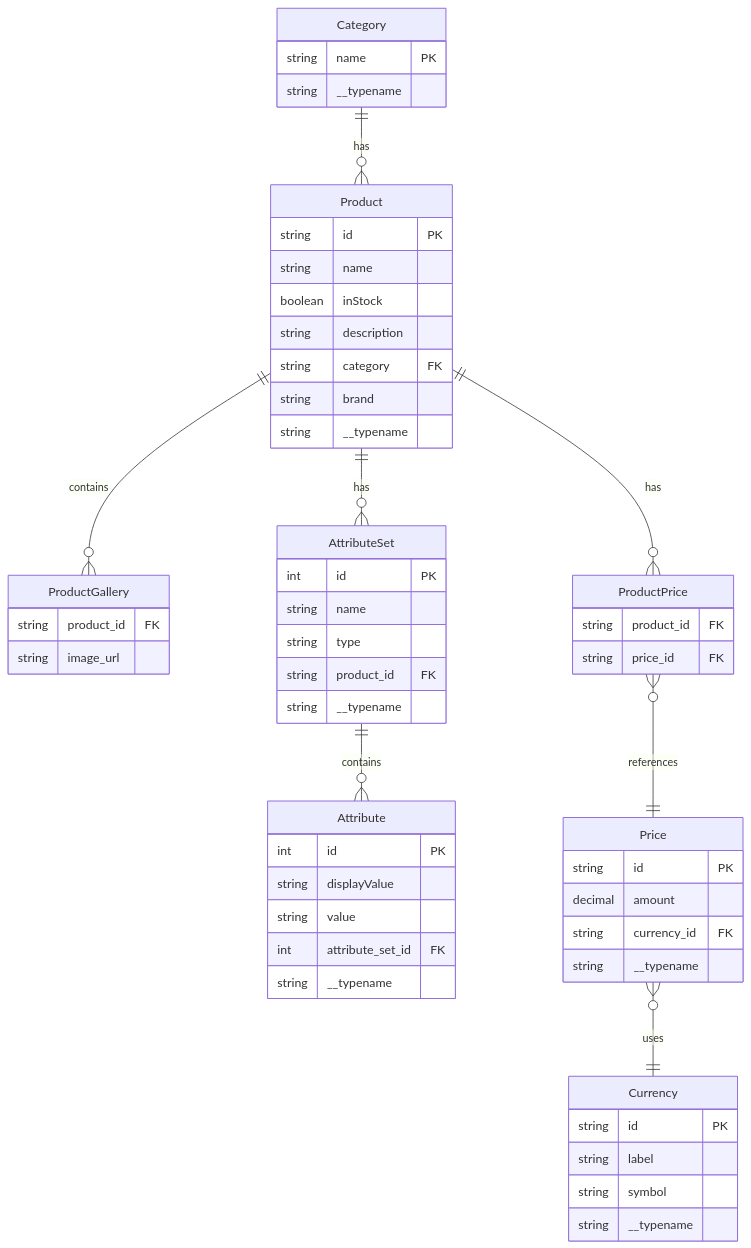
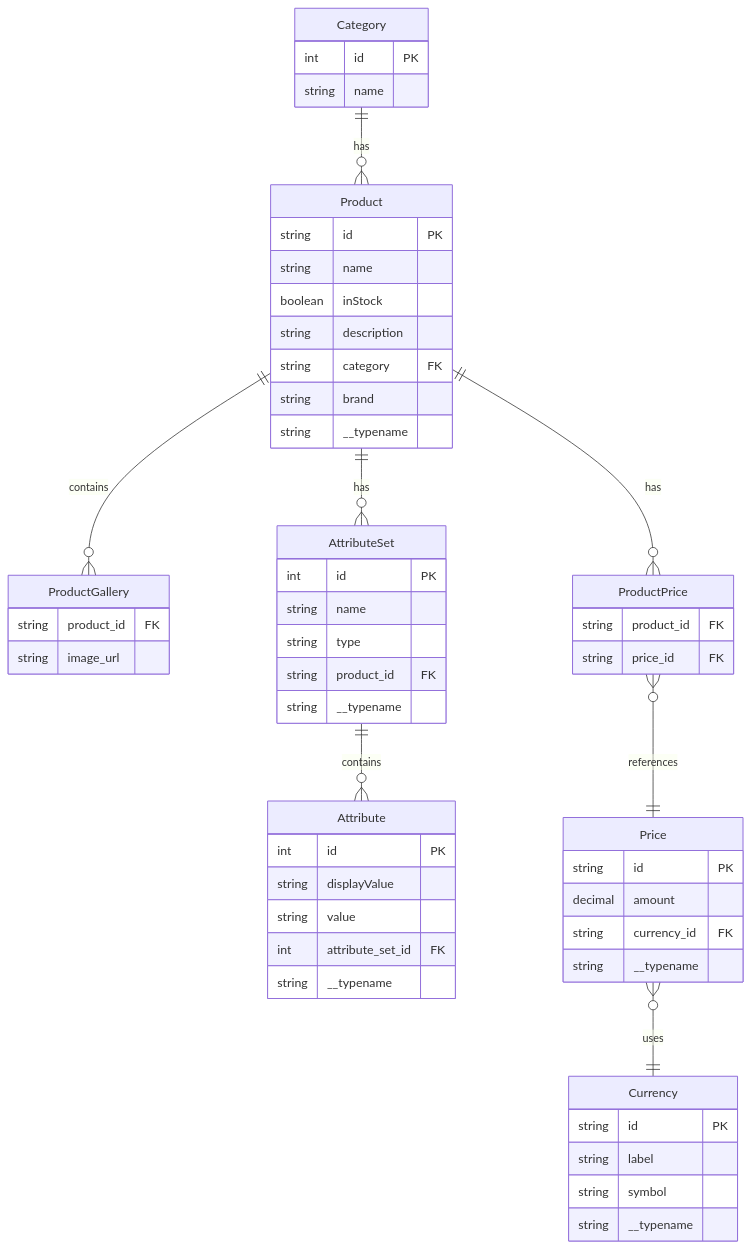
One commit to shehab124/ScandiWeb-TestAssignment changed the diagram in erd_diagram.md. Above: the diagram before and after it, drawn with Mermaid. The commit also changed 7 other files, not shown here.

````diff
--- a/erd_diagram.md
+++ b/erd_diagram.md
@@ -4,66 +4,66 @@
 ```mermaid
 erDiagram
     Category {
-        string name PK
-        string __typename
+        int id PK
+        string name
     }
 
     Product {
         string id PK
         string name
         boolean inStock
         string description
         string category FK
         string brand
         string __typename
     }
 
     ProductGallery {
         string product_id FK
         string image_url
     }
 
     AttributeSet {
         int id PK
         string name
         string type
         string product_id FK
         string __typename
     }
 
     Attribute {
         int id PK
         string displayValue
         string value
         int attribute_set_id FK
         string __typename
     }
 
     Price {
         string id PK
         decimal amount
         string currency_id FK
         string __typename
     }
 
     Currency {
         string id PK
         string label
         string symbol
         string __typename
     }
 
     ProductPrice {
         string product_id FK
         string price_id FK
     }
 
     %% Relationships
     Category ||--o{ Product : "has"
     Product ||--o{ ProductGallery : "contains"
     Product ||--o{ AttributeSet : "has"
     AttributeSet ||--o{ Attribute : "contains"
     Product ||--o{ ProductPrice : "has"
     ProductPrice }o--|| Price : "references"
     Price }o--|| Currency : "uses"
 ```
````
